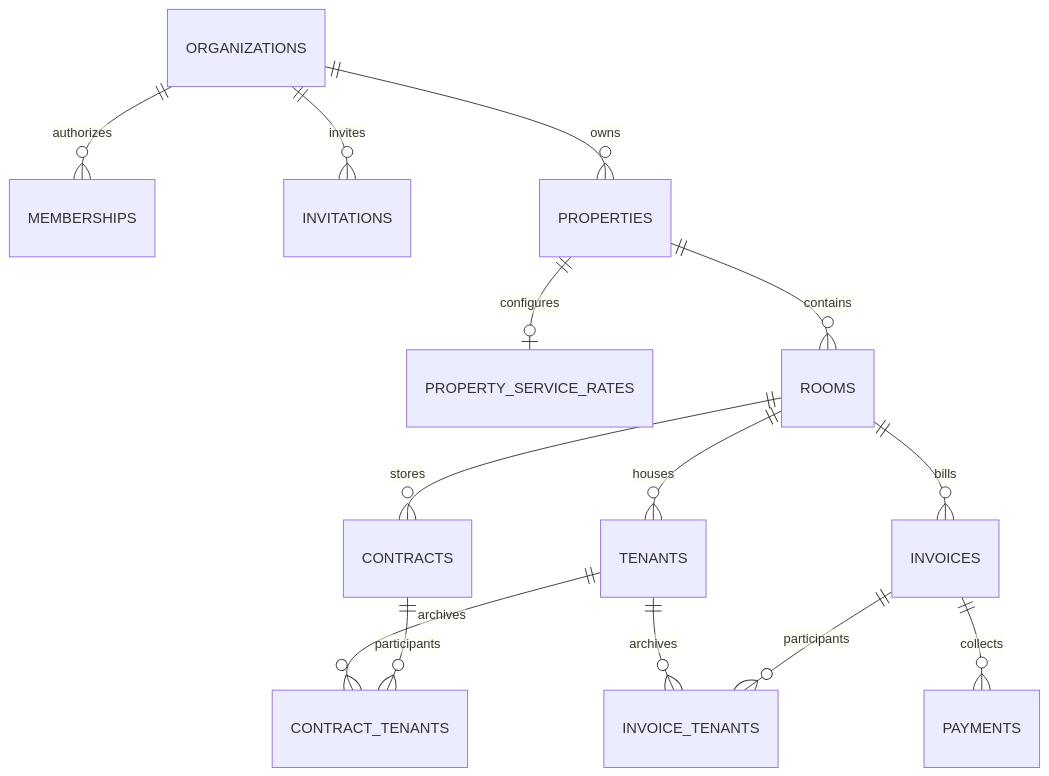
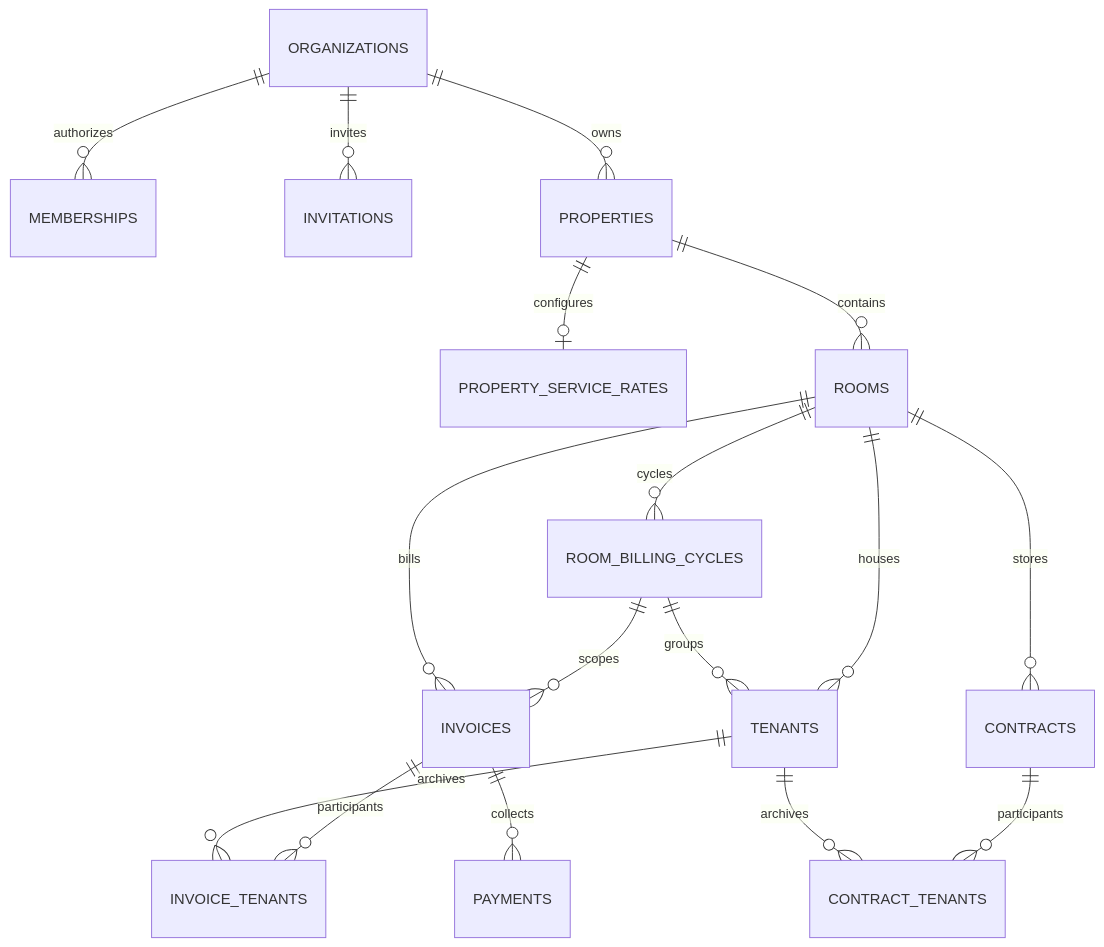
The diagram in docs/database.md (AzuraDev202/Rental-Room-Management), drawn with Mermaid before and after one commit. The commit also changed other lines of this file and 15 other files, not shown here.

Commit message:
Require move-in meter baselines when vacant rooms gain tenants

````diff
--- a/docs/database.md
+++ b/docs/database.md
@@ -5,16 +5,19 @@
 ```mermaid
 erDiagram
   ORGANIZATIONS ||--o{ MEMBERSHIPS : authorizes
   ORGANIZATIONS ||--o{ INVITATIONS : invites
   ORGANIZATIONS ||--o{ PROPERTIES : owns
   PROPERTIES ||--o| PROPERTY_SERVICE_RATES : configures
   PROPERTIES ||--o{ ROOMS : contains
   ROOMS ||--o{ TENANTS : houses
+  ROOMS ||--o{ ROOM_BILLING_CYCLES : cycles
+  ROOM_BILLING_CYCLES ||--o{ TENANTS : groups
+  ROOM_BILLING_CYCLES ||--o{ INVOICES : scopes
   ROOMS ||--o{ CONTRACTS : stores
   ROOMS ||--o{ INVOICES : bills
   INVOICES ||--o{ PAYMENTS : collects
   INVOICES ||--o{ INVOICE_TENANTS : participants
   TENANTS ||--o{ INVOICE_TENANTS : archives
   CONTRACTS ||--o{ CONTRACT_TENANTS : participants
   TENANTS ||--o{ CONTRACT_TENANTS : archives
 ```
````
